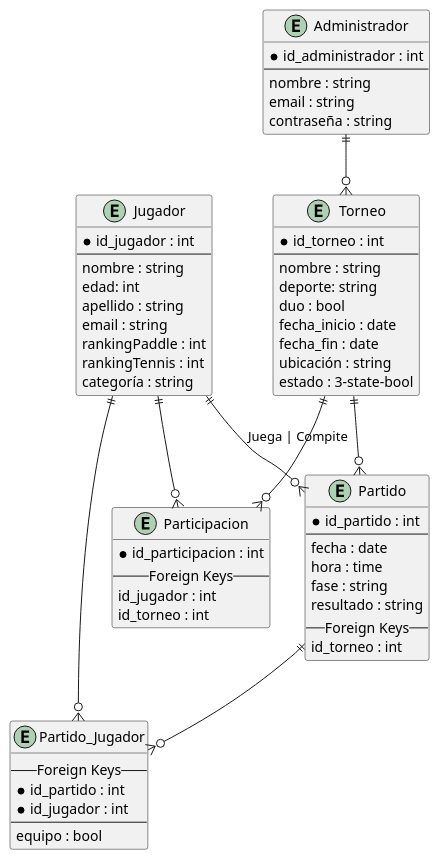
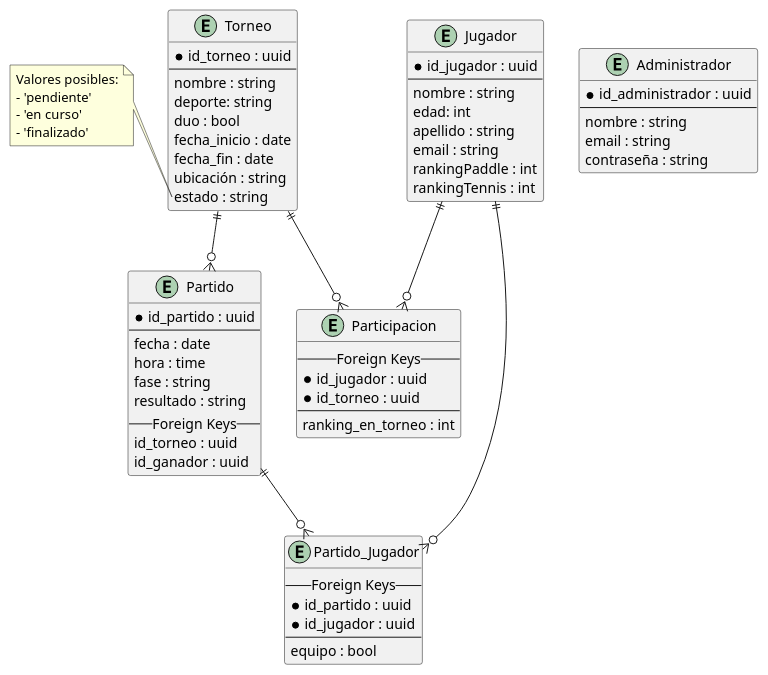
The diagram in diagram.puml (ConfusedRebel/torneos-app), drawn with PlantUML before and after one commit. The commit also changed 13 other files, not shown here.

```diff
--- a/diagram.puml
+++ b/diagram.puml
@@ -1,88 +1,99 @@
 @startuml Entity_Relationship_Diagram
 
 'Alt + D para mostrar diagrama entidad relacion utilizando "plantuml"
 
 '|##############################################################|
 '|###                        Entities                        ###|
 '|##############################################################|
 
 entity "Jugador" as Jugador {
-  *id_jugador : int
+  *id_jugador : uuid
   --
   nombre : string
   edad: int
   apellido : string
   email : string
   rankingPaddle : int
   rankingTennis : int
-  categoría : string
 }
 
 entity "Administrador" as Admin {
-  *id_administrador : int
+  *id_administrador : uuid
   --
   nombre : string
   email : string
   contraseña : string
 }
 
 entity "Torneo" as Torneo {
-  *id_torneo : int
+  *id_torneo : uuid
   --
   nombre : string
   deporte: string
   duo : bool  
   fecha_inicio : date
   fecha_fin : date
   ubicación : string
-  estado : 3-state-bool
+  estado : string
 }
 
+
 entity "Partido" as Partido {
-  *id_partido : int
+  *id_partido : uuid
   --
   fecha : date
   hora : time
   fase : string
   resultado : string
   -- Foreign Keys --
-  id_torneo : int
+  id_torneo : uuid
+  id_ganador : uuid
 }
 
 
 '|###################################################################|
 '|###                        Linking Table                        ###|
 '|###################################################################|
 
 entity "Participacion" as Participacion {
-  *id_participacion : int
   -- Foreign Keys --
-  id_jugador : int
-  id_torneo : int
+  *id_jugador : uuid
+  *id_torneo : uuid
+  --
+  ranking_en_torneo : int
 }
 
 entity "Partido_Jugador" as PJ {
   -- Foreign Keys --
-  *id_partido : int
-  *id_jugador : int
+  *id_partido : uuid
+  *id_jugador : uuid
   --
   equipo : bool
 }
+
 
 
 '|##################################################################|
 '|###                        Relationship                        ###|
 '|##################################################################|
 
-Admin ||--o{ Torneo
 
 Torneo ||--o{ Partido
 Torneo ||--o{ Participacion
 
-Jugador ||--o{ Partido : "Juega | Compite"
 Jugador ||--o{ Participacion
 Jugador ||--o{ PJ
 
 Partido ||--o{ PJ
 
+'|###########################################################|
+'|###                        Notes                        ###|
+'|###########################################################|
+note left of Torneo::estado
+  Valores posibles:
+  - 'pendiente'
+  - 'en curso'
+  - 'finalizado'
+end note
+
 @enduml
```
